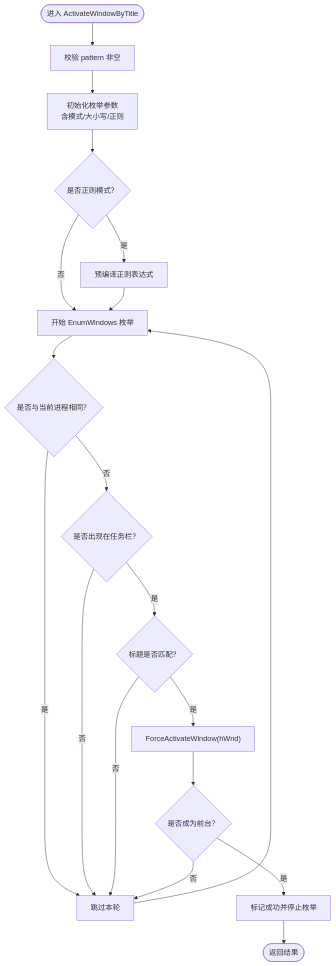
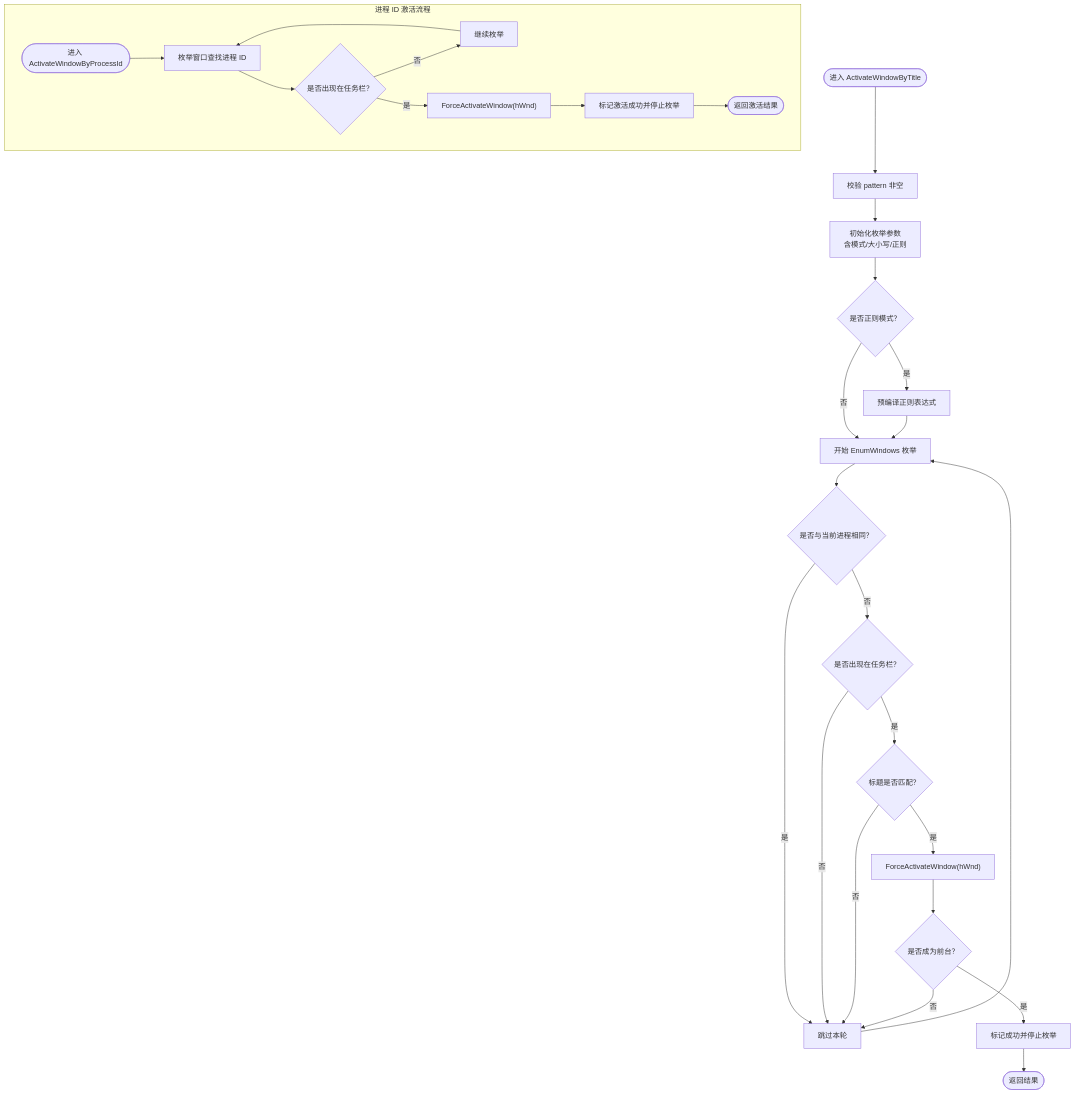
Before and after one commit to tea4go/Macro-Deck-Windows-Utils-Plugin: the fourth of 6 diagrams in .qoder/repowiki/zh/content/核心功能/窗口管理系统.md, drawn with Mermaid. The commit also changed other lines of this file and 16 other files, not shown here.

````diff
--- a/.qoder/repowiki/zh/content/核心功能/窗口管理系统.md
+++ b/.qoder/repowiki/zh/content/核心功能/窗口管理系统.md
@@ -186,21 +216,30 @@
 ```mermaid
 flowchart TD
 Start(["进入 ActivateWindowByTitle"]) --> Validate["校验 pattern 非空"]
 Validate --> InitParams["初始化枚举参数<br/>含模式/大小写/正则"]
 InitParams --> RegexPrep{"是否正则模式？"}
 RegexPrep --> |是| CompileRegex["预编译正则表达式"]
 RegexPrep --> |否| Enumerate["开始 EnumWindows 枚举"]
 CompileRegex --> Enumerate
 Enumerate --> CheckPID{"是否与当前进程相同？"}
 CheckPID --> |是| NextWin["跳过本轮"]
 CheckPID --> |否| TaskbarCheck{"是否出现在任务栏？"}
 TaskbarCheck --> |否| NextWin
 TaskbarCheck --> |是| TitleMatch{"标题是否匹配？"}
 TitleMatch --> |否| NextWin
 TitleMatch --> |是| Activate["ForceActivateWindow(hWnd)"]
 Activate --> Foreground{"是否成为前台？"}
 Foreground --> |是| Success["标记成功并停止枚举"]
 Foreground --> |否| NextWin
 NextWin --> Enumerate
 Success --> End(["返回结果"])
+subgraph "进程 ID 激活流程"
+ProcessStart(["进入 ActivateWindowByProcessId"]) --> ProcessEnum["枚举窗口查找进程 ID"]
+ProcessEnum --> ProcessTaskbarCheck{"是否出现在任务栏？"}
+ProcessTaskbarCheck --> |否| ProcessNextWin["继续枚举"]
+ProcessTaskbarCheck --> |是| ProcessActivate["ForceActivateWindow(hWnd)"]
+ProcessActivate --> ProcessSuccess["标记激活成功并停止枚举"]
+ProcessNextWin --> ProcessEnum
+ProcessSuccess --> ProcessEnd(["返回激活结果"])
+end
 ```
````
